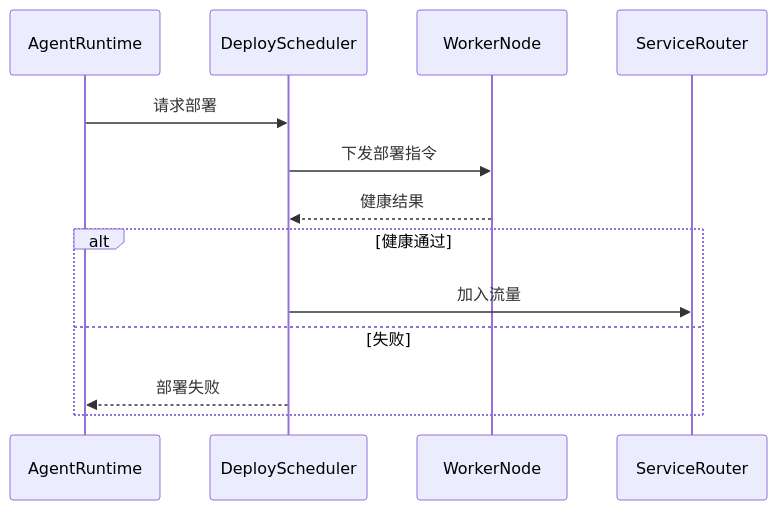
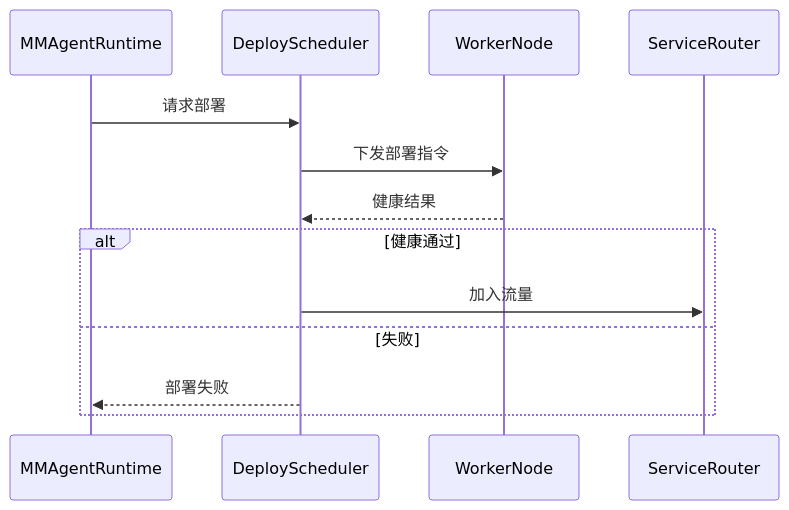
One commit to xyz11274/agentf changed the tenth of 17 diagrams in docs/REQUIREMENTS_ANALYSIS.md. Above: the diagram before and after it, drawn with Mermaid. The commit also changed other lines of this file and 106 other files, not shown here.

````diff
--- a/docs/REQUIREMENTS_ANALYSIS.md
+++ b/docs/REQUIREMENTS_ANALYSIS.md
@@ -321,15 +321,15 @@
 ```mermaid
 sequenceDiagram
-    participant RT as AgentRuntime
+    participant RT as MMAgentRuntime
     participant Sched as DeployScheduler
-    participant Node as WorkerNode
+    participant MMNode as WorkerNode
     participant Route as ServiceRouter
     RT->>Sched: 请求部署
-    Sched->>Node: 下发部署指令
-    Node-->>Sched: 健康结果
+    Sched->>MMNode: 下发部署指令
+    MMNode-->>Sched: 健康结果
     alt 健康通过
         Sched->>Route: 加入流量
     else 失败
         Sched-->>RT: 部署失败
     end
 ```
````
